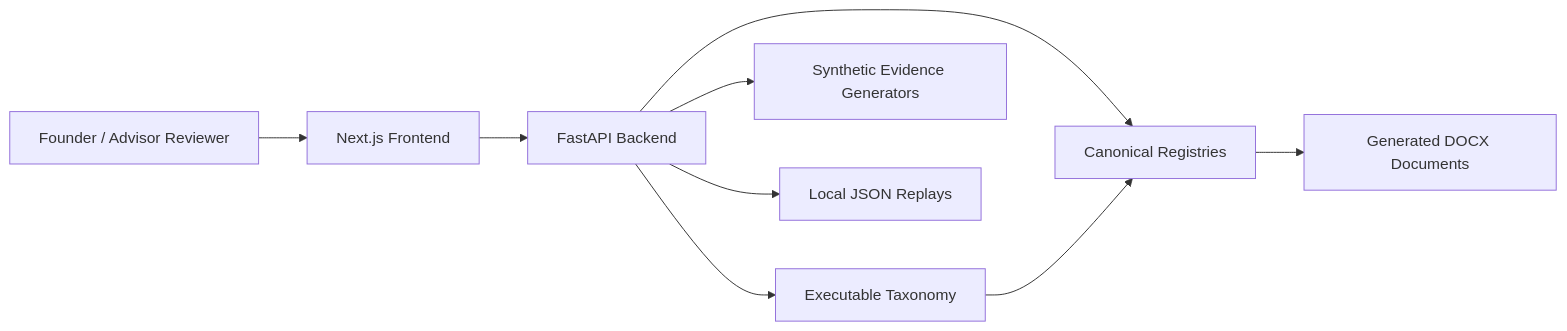
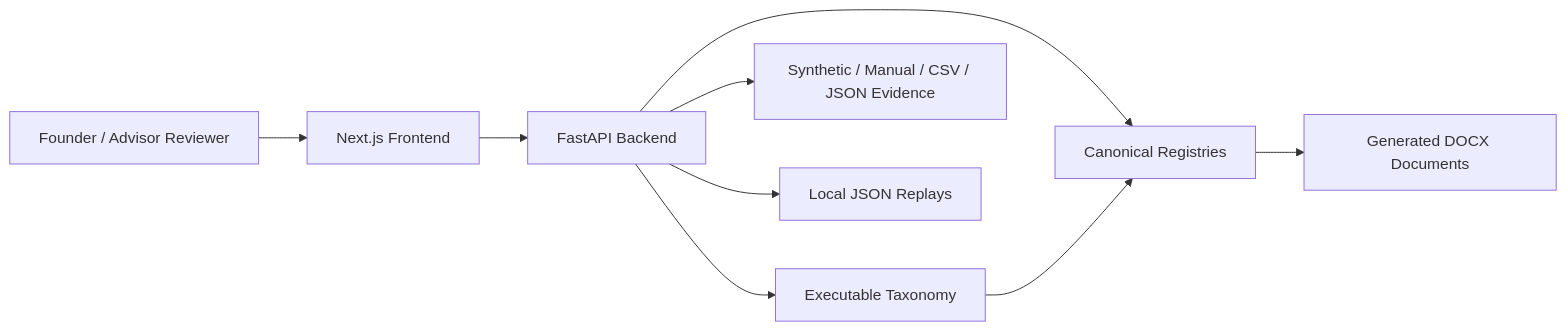
One commit to Rithvik3505/AIHC changed the first of 4 diagrams in docs/HLD.md. Above: the diagram before and after it, drawn with Mermaid. The commit also changed other lines of this file and 35 other files, not shown here.

````diff
--- a/docs/HLD.md
+++ b/docs/HLD.md
@@ -73,20 +74,20 @@
 ```mermaid
 flowchart LR
     Reviewer[Founder / Advisor Reviewer]
     Frontend[Next.js Frontend]
     API[FastAPI Backend]
     Taxonomy[Executable Taxonomy]
     Registries[Canonical Registries]
-    Synthetic[Synthetic Evidence Generators]
+    Evidence[Synthetic / Manual / CSV / JSON Evidence]
     Replay[Local JSON Replays]
     Docs[Generated DOCX Documents]
 
     Reviewer --> Frontend
     Frontend --> API
     API --> Taxonomy
     API --> Registries
-    API --> Synthetic
+    API --> Evidence
     API --> Replay
     Taxonomy --> Registries
     Registries --> Docs
 ```
````
